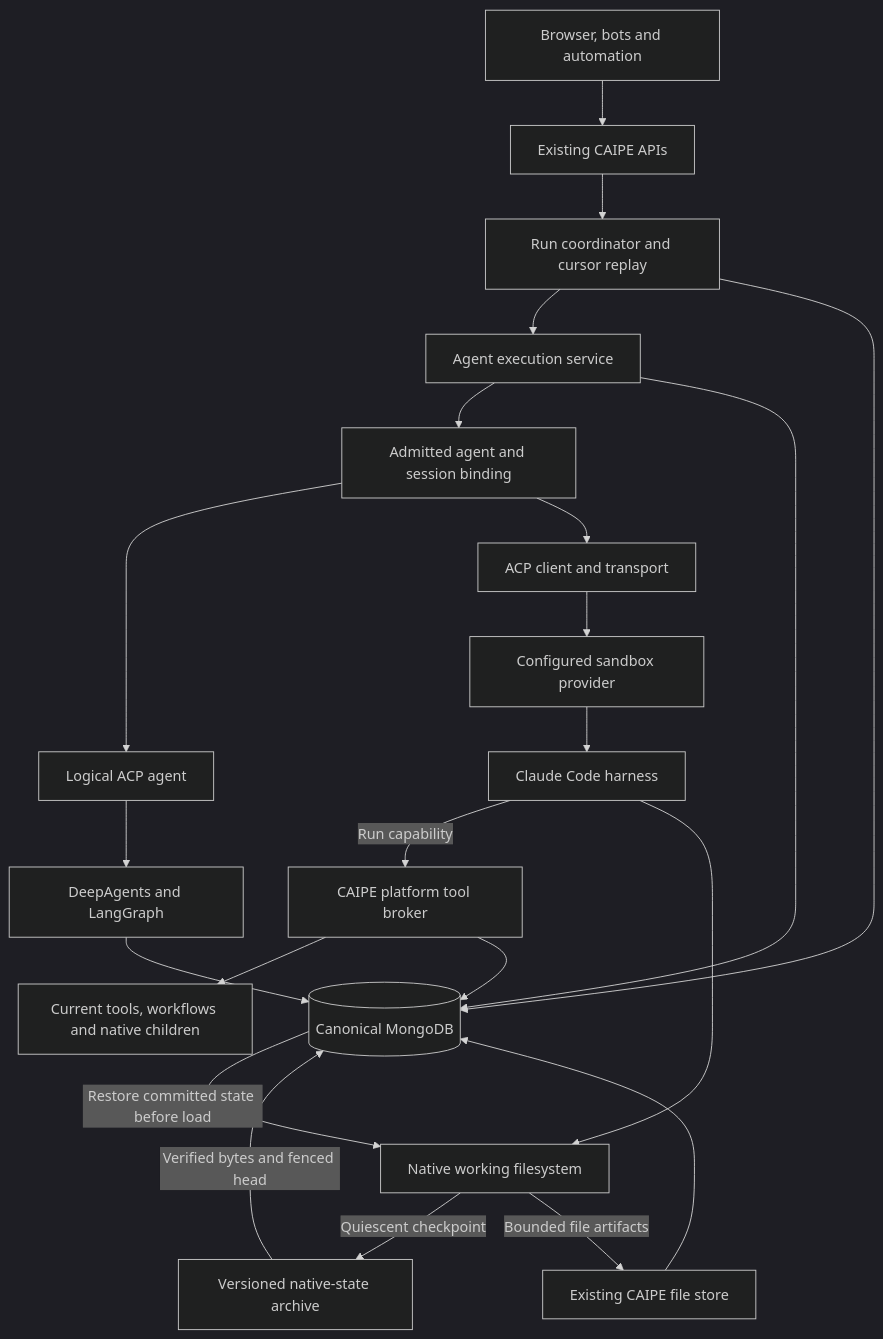
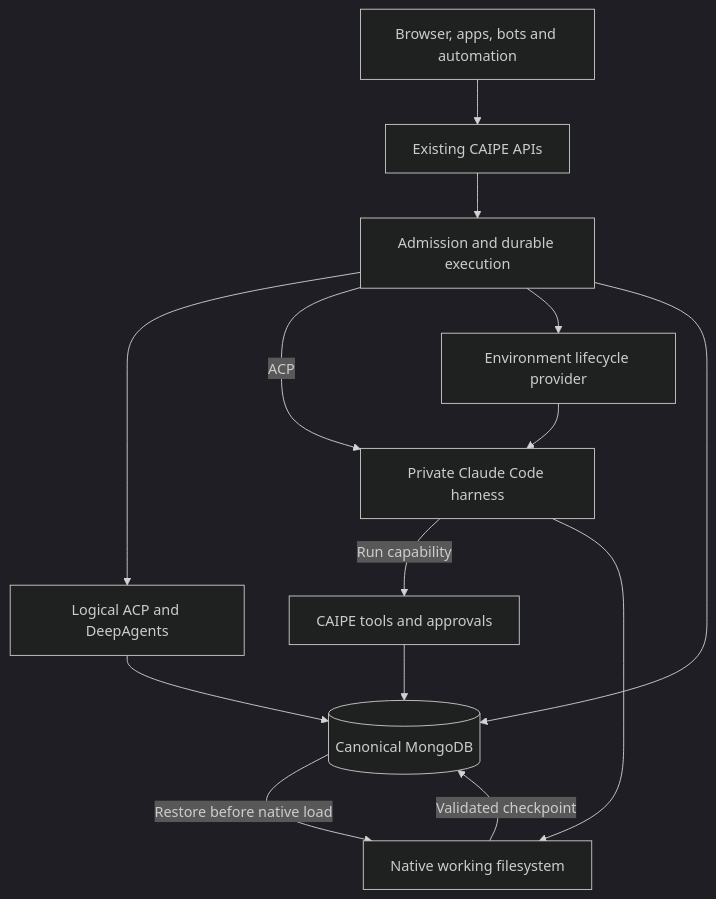
One commit to cnoe-io/ai-platform-engineering changed the first of 3 diagrams in docs/docs/architecture/native-acp-metaharness.md. Above: the diagram before and after it, drawn with Mermaid (dark theme). The commit also changed other lines of this file and 8 other files, not shown here.

First line of the commit message:
refactor(dynamic-agents): expose supported ACP runtime models

````diff
--- a/docs/docs/architecture/native-acp-metaharness.md
+++ b/docs/docs/architecture/native-acp-metaharness.md
@@ -52,24 +40,16 @@
 ```mermaid
 flowchart TB
-  Clients[Browser, bots and automation] --> Routes[Existing CAIPE APIs]
-  Routes --> Runs[Run coordinator and cursor replay]
-  Runs --> Execution[Agent execution service]
-  Runs --> DB[(Canonical MongoDB)]
-  Execution --> Binding[Admitted agent and session binding]
-  Binding --> Native[Logical ACP agent]
-  Native --> Deep[DeepAgents and LangGraph]
-  Binding --> Remote[ACP client and transport]
-  Remote --> Provider[Configured sandbox provider]
-  Provider --> Harness[Claude Code harness]
-  Harness -->|Run capability| Broker[CAIPE platform tool broker]
-  Broker --> Tools[Current tools, workflows and native children]
-  Deep --> DB
-  Execution --> DB
+  Clients[Browser, apps, bots and automation] --> API[Existing CAIPE APIs]
+  API --> Service[Admission and durable execution]
+  Service --> Native[Logical ACP and DeepAgents]
+  Service -->|ACP| Harness[Private Claude Code harness]
+  Service --> Provider[Environment lifecycle provider]
+  Provider --> Harness
+  Harness -->|Run capability| Broker[CAIPE tools and approvals]
+  Native --> DB[(Canonical MongoDB)]
+  Service --> DB
   Broker --> DB
-  Harness --> Workspace[Native working filesystem]
-  Workspace -->|Quiescent checkpoint| Checkpoints[Versioned native-state archive]
-  Checkpoints -->|Verified bytes and fenced head| DB
-  DB -->|Restore committed state before load| Workspace
-  Workspace -->|Bounded file artifacts| Files[Existing CAIPE file store]
-  Files --> DB
+  Harness --> State[Native working filesystem]
+  State -->|Validated checkpoint| DB
+  DB -->|Restore before native load| State
 ```
````
